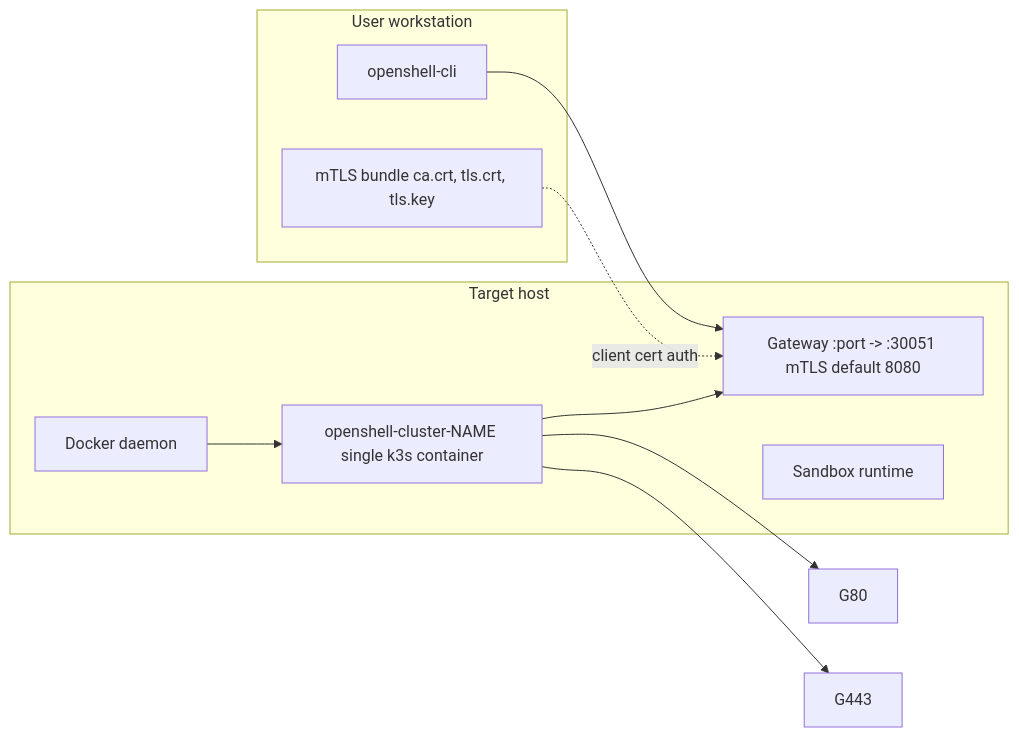
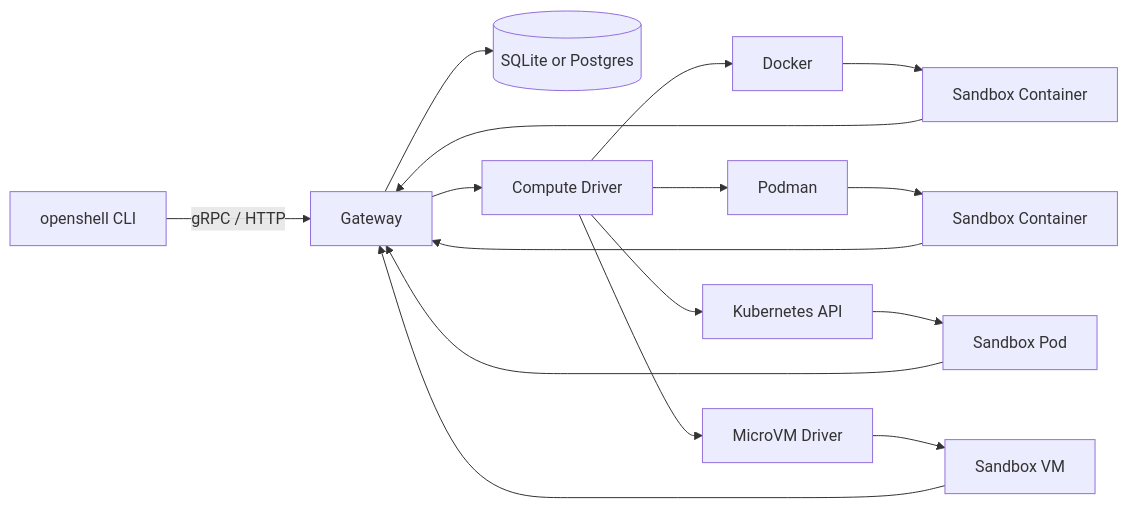
Before and after one commit to st-gr/OpenShell: the second of 2 diagrams in architecture/gateway-single-node.md, drawn with Mermaid. The commit also changed other lines of this file and 41 other files, not shown here.

Commit message:
docs: update gateway deployment architecture (#1108)

````diff
--- a/architecture/gateway-single-node.md
+++ b/architecture/gateway-single-node.md
@@ -110,22 +100,18 @@
 ```mermaid
 flowchart LR
-  subgraph WS[User workstation]
-    NAV[openshell-cli]
-    MTLS[mTLS bundle ca.crt, tls.crt, tls.key]
-  end
-
-  subgraph HOST[Target host]
-    DOCKER[Docker daemon]
-    K3S[openshell-cluster-NAME single k3s container]
-    G8080[Gateway :port -> :30051 mTLS default 8080]
-    SBX[Sandbox runtime]
-  end
-
-  NAV --> G8080
-  MTLS -. client cert auth .-> G8080
-
-  DOCKER --> K3S
-  K3S --> G8080
-  K3S --> G80
-  K3S --> G443
+  CLI[openshell CLI] -->|gRPC / HTTP| GW[Gateway]
+  GW --> DB[(SQLite or Postgres)]
+  GW --> DRIVER[Compute Driver]
+  DRIVER --> DOCKER[Docker]
+  DRIVER --> PODMAN[Podman]
+  DRIVER --> K8S[Kubernetes API]
+  DRIVER --> VM[MicroVM Driver]
+  DOCKER --> SBX1[Sandbox Container]
+  PODMAN --> SBX2[Sandbox Container]
+  K8S --> SBX3[Sandbox Pod]
+  VM --> SBX4[Sandbox VM]
+  SBX1 --> GW
+  SBX2 --> GW
+  SBX3 --> GW
+  SBX4 --> GW
 ```
````
